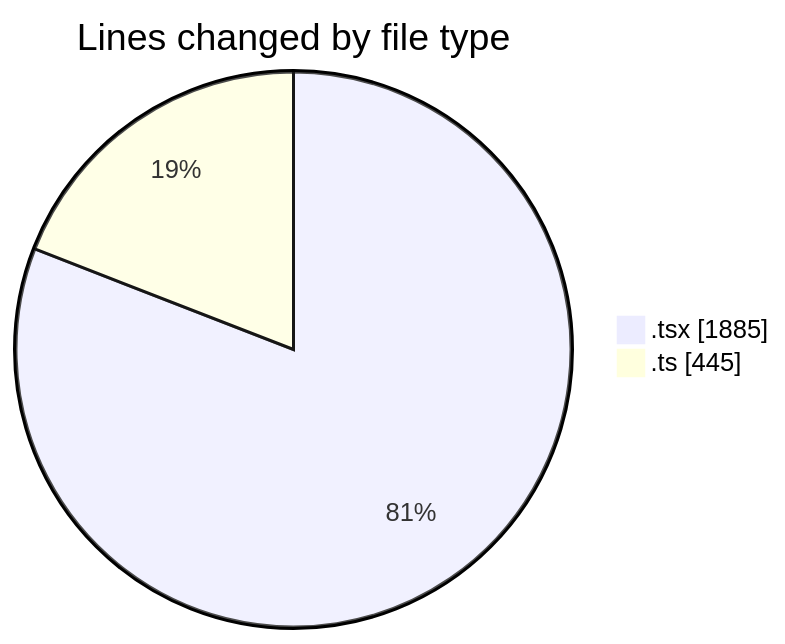
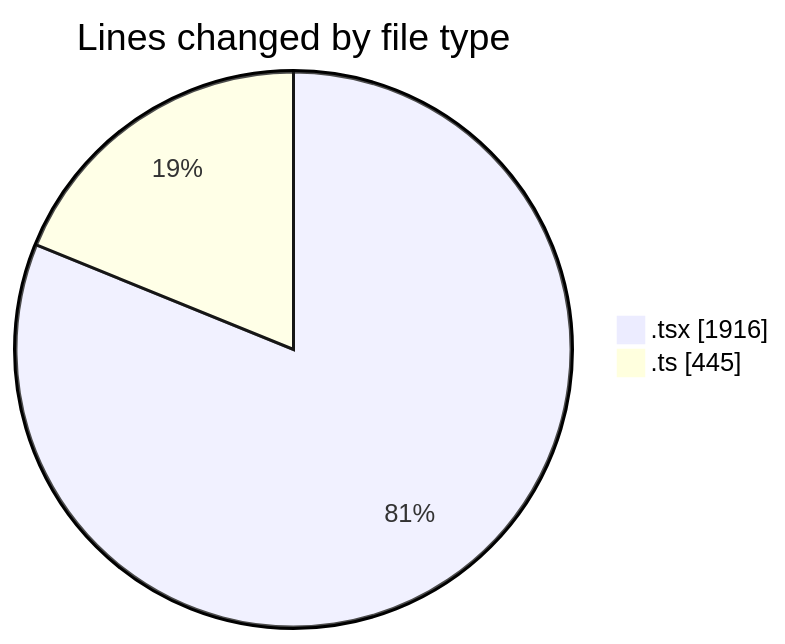
The first of 2 diagrams in 2025-01-30/mbc-web/README.md (robertbonfada/code-tracking), drawn with Mermaid before and after one commit. The commit also changed other lines of this file and 1 other file, not shown here.

````diff
--- a/2025-01-30/mbc-web/README.md
+++ b/2025-01-30/mbc-web/README.md
@@ -30,6 +30,6 @@
 ```mermaid
 pie showData
 title Lines changed by file type
-".tsx" : 1885
+".tsx" : 1916
 ".ts" : 445
 ```
````
